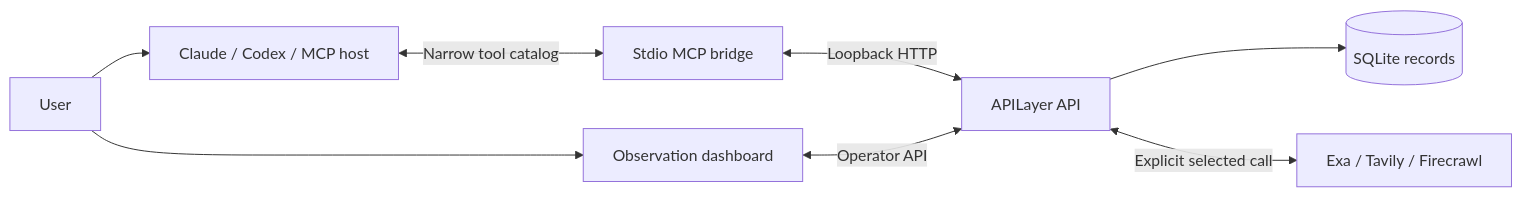
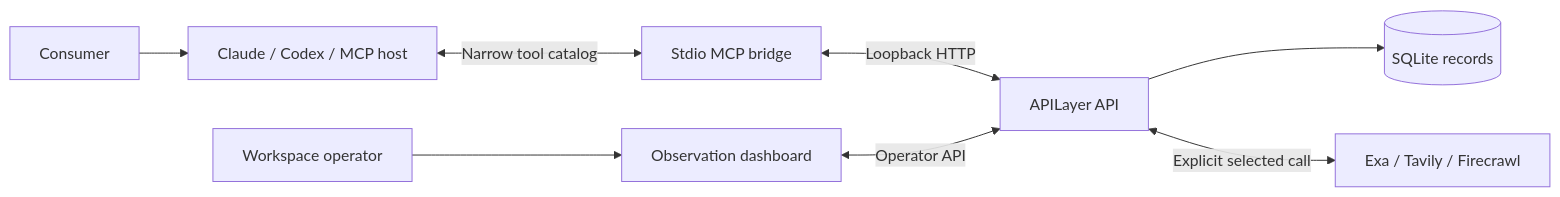
The diagram in docs/OBSERVATION_ARCHITECTURE.md (Xtwohands/twohands), drawn with Mermaid before and after one commit. The commit also changed other lines of this file and 3 other files, not shown here.

Commit message:
Document automatic MCP flow and completed validation

````diff
--- a/docs/OBSERVATION_ARCHITECTURE.md
+++ b/docs/OBSERVATION_ARCHITECTURE.md
@@ -5,10 +5,10 @@
 ```mermaid
 flowchart LR
-  User[User] --> Host[Claude / Codex / MCP host]
-  User --> UI[Observation dashboard]
+  User[Consumer] --> Host[Claude / Codex / MCP host]
+  Operator[Workspace operator] --> UI[Observation dashboard]
   Host <-->|Narrow tool catalog| Bridge[Stdio MCP bridge]
   Bridge <-->|Loopback HTTP| API[APILayer API]
   UI <-->|Operator API| API
   API --> DB[(SQLite records)]
   API <-->|Explicit selected call| Providers[Exa / Tavily / Firecrawl]
 ```
````
